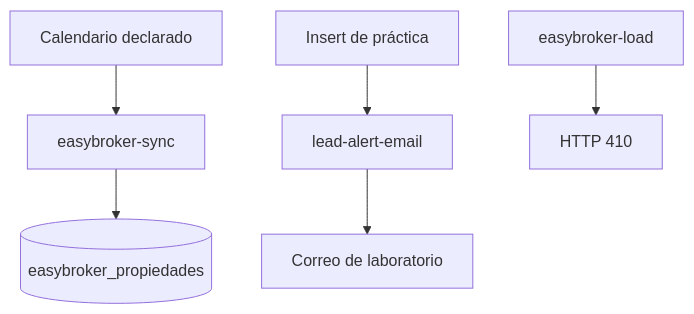
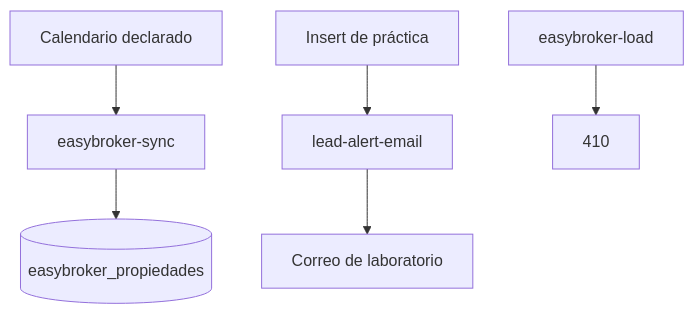
The ninth of 13 diagrams in docs/palm-lab-practica/iso/PD-SGC-MAN-001.md (EstrategiaInmobiliaria/Tokenizer-extended), drawn with Mermaid before and after one commit. The commit also changed other lines of this file and 4 other files, not shown here.

````diff
--- a/docs/palm-lab-practica/iso/PD-SGC-MAN-001.md
+++ b/docs/palm-lab-practica/iso/PD-SGC-MAN-001.md
@@ -453,8 +402,8 @@
 ```mermaid
 flowchart TD
   CRON[Calendario declarado] --> F2[easybroker-sync]
   FORM[Insert de práctica] --> F3[lead-alert-email]
   F2 --> EBP[(easybroker_propiedades)]
   F3 --> MAIL[Correo de laboratorio]
-  F1[easybroker-load] --> G[HTTP 410]
+  F1[easybroker-load] --> G[410]
 ```
````
